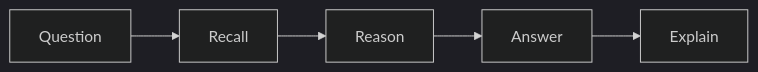
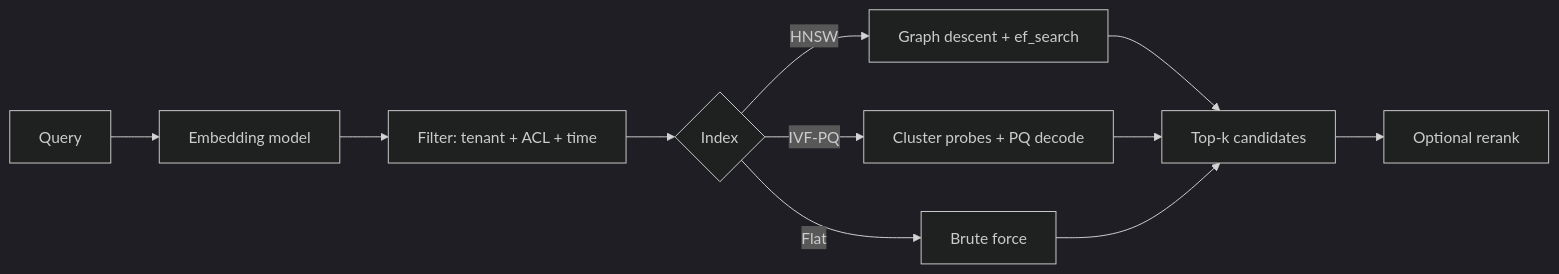
The diagram in quizzes/16-vector-database-quiz.md (Icon1cc/Machine-Learning), drawn with Mermaid (dark theme) before and after one commit. The commit also changed other lines of this file and 264 other files, not shown here.

````diff
--- a/quizzes/16-vector-database-quiz.md
+++ b/quizzes/16-vector-database-quiz.md
@@ -81,7 +148,13 @@
 ```mermaid
 flowchart LR
-    A[Question] --> B[Recall]
-    B --> C[Reason]
-    C --> D[Answer]
-    D --> E[Explain]
+    A[Query] --> B[Embedding model]
+    B --> C[Filter: tenant + ACL + time]
+    C --> D{Index}
+    D -- HNSW --> E[Graph descent + ef_search]
+    D -- IVF-PQ --> F[Cluster probes + PQ decode]
+    D -- Flat --> G[Brute force]
+    E --> H[Top-k candidates]
+    F --> H
+    G --> H
+    H --> I[Optional rerank]
 ```
````
